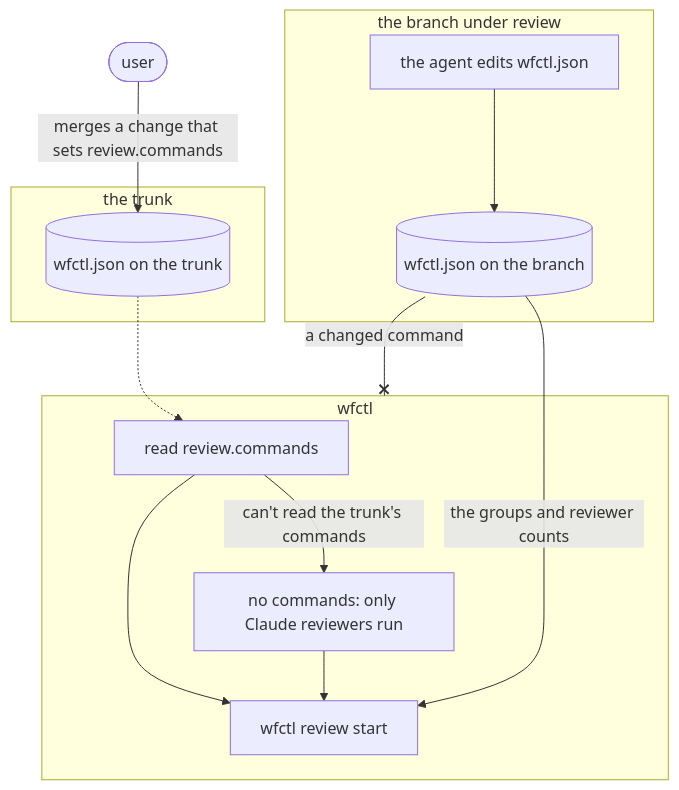
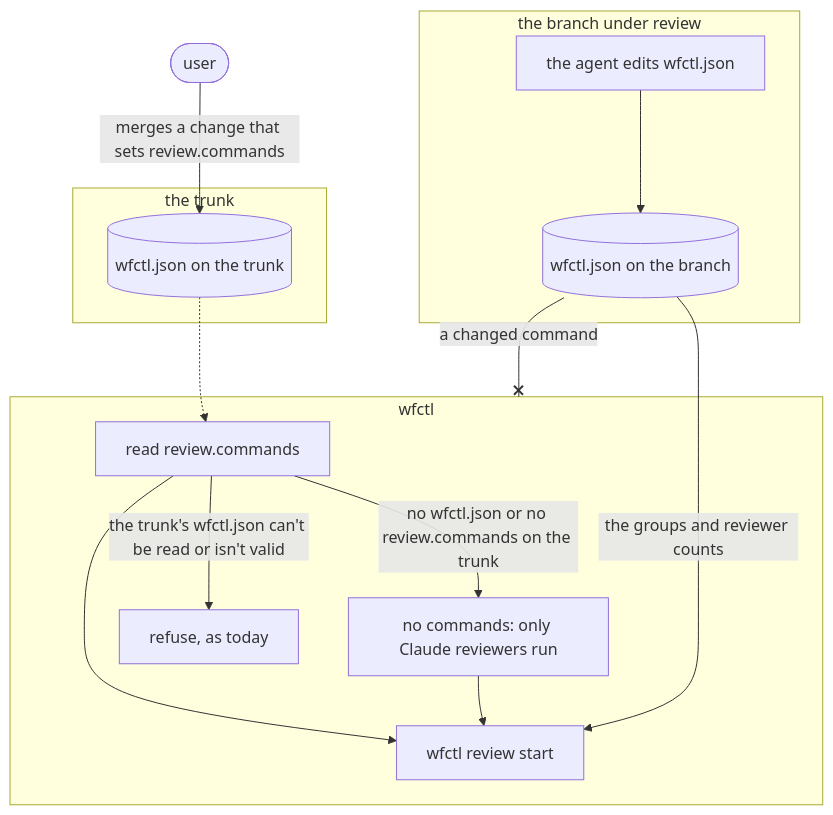
The diagram in docs/architecture/review-commands-from-trunk.md (aamarin/wfctl), drawn with Mermaid before and after one commit. The commit also changed other lines of this file, not shown here.

First line of the commit message:
docs(arch): keep refusing a broken trunk file for reviewer commands (#711)

````diff
--- a/docs/architecture/review-commands-from-trunk.md
+++ b/docs/architecture/review-commands-from-trunk.md
@@ -76,25 +77,27 @@
 ```mermaid
 flowchart TB
   subgraph branch["the branch under review"]
     edit["the agent edits wfctl.json"]
     bconf[("wfctl.json on the branch")]
   end
   subgraph trunk["the trunk"]
     tconf[("wfctl.json on the trunk")]
   end
   subgraph wfctl
     read["read review.commands"]
     none["no commands: only Claude reviewers run"]
+    refuse["refuse, as today"]
     start["wfctl review start"]
   end
   user(["user"])
 
   edit --> bconf
   tconf -.-> read
-  read -- "can't read the trunk's commands" --> none
+  read -- "no wfctl.json or no review.commands on the trunk" --> none
+  read -- "the trunk's wfctl.json can't be read or isn't valid" --> refuse
   read --> start
   none --> start
   user -- "merges a change that sets review.commands" --> tconf
   bconf -- "the groups and reviewer counts" --> start
   bconf -- "a changed command" --x wfctl
 ```
````
